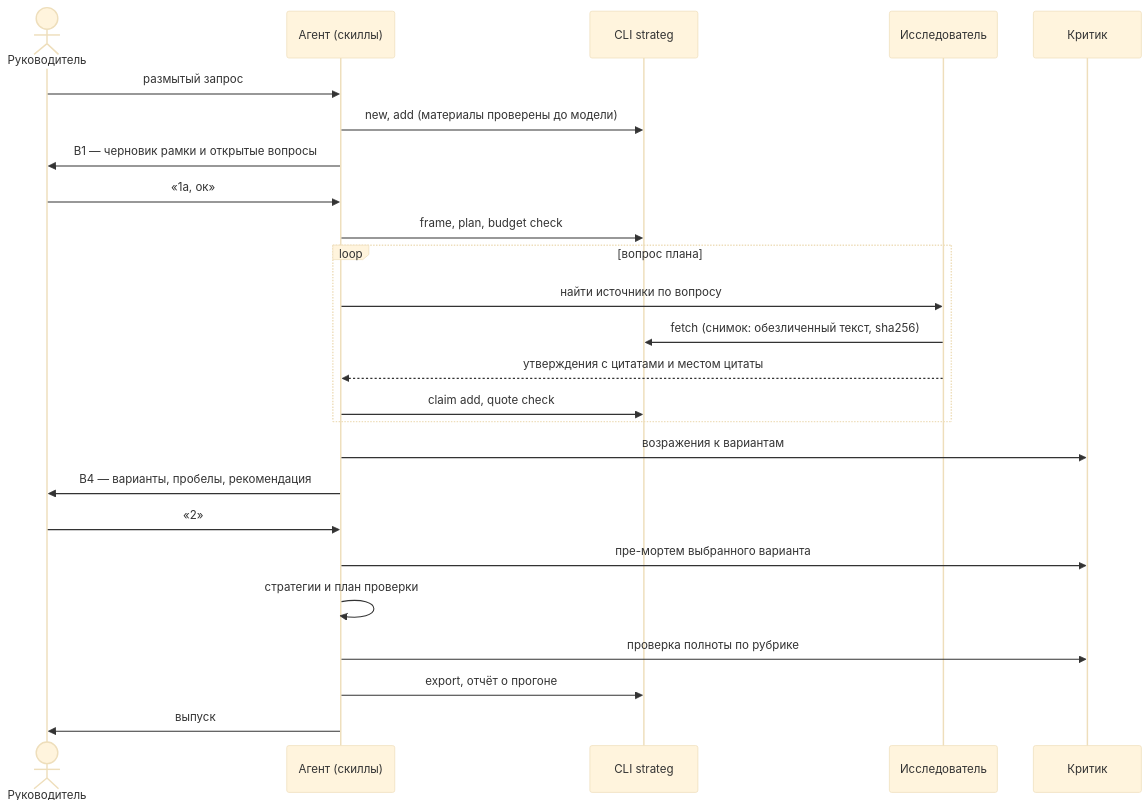
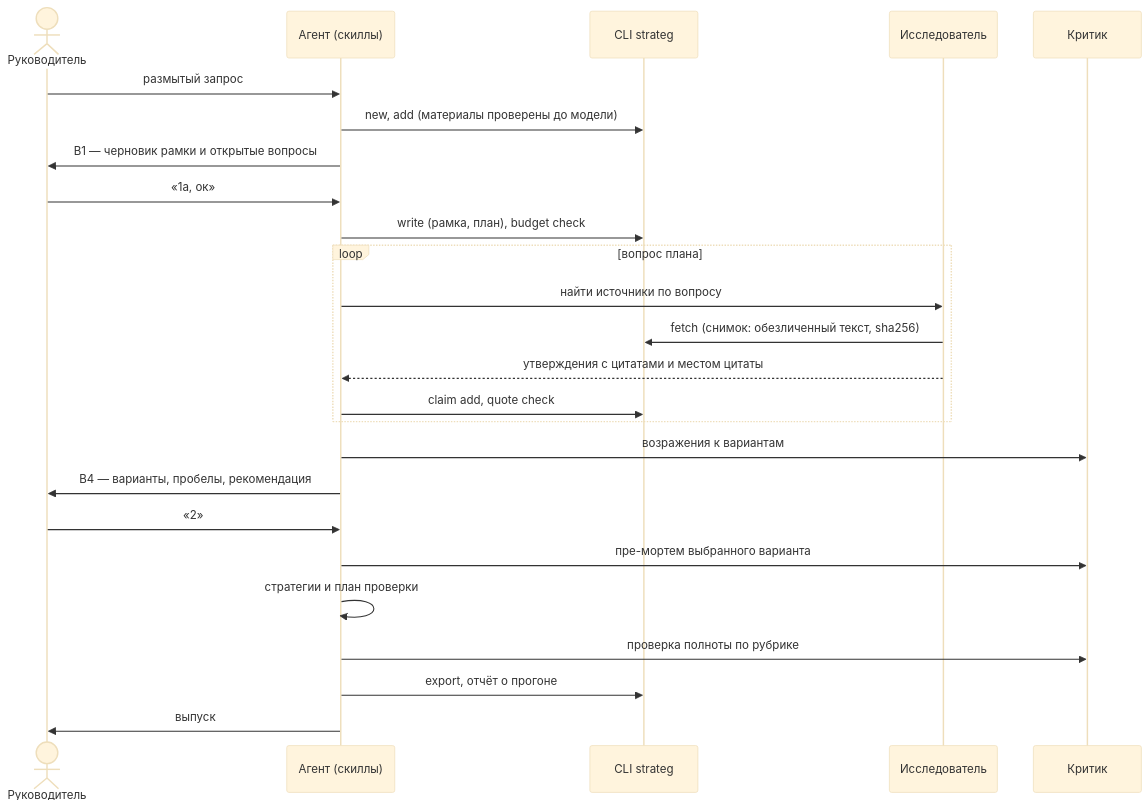
The third of 3 diagrams in docs/architecture.md (FlosVacui/strateg-agent), drawn with Mermaid (base theme) before and after one commit. The commit also changed other lines of this file and 10 other files, not shown here.

````diff
--- a/docs/architecture.md
+++ b/docs/architecture.md
@@ -125,27 +125,27 @@
 ```mermaid
 sequenceDiagram
   actor PM as Руководитель
   participant AG as Агент (скиллы)
   participant CLI as CLI strateg
   participant R as Исследователь
   participant CR as Критик
   PM->>AG: размытый запрос
   AG->>CLI: new, add (материалы проверены до модели)
   AG->>PM: В1 — черновик рамки и открытые вопросы
   PM->>AG: «1а, ок»
-  AG->>CLI: frame, plan, budget check
+  AG->>CLI: write (рамка, план), budget check
   loop вопрос плана
     AG->>R: найти источники по вопросу
     R->>CLI: fetch (снимок: обезличенный текст, sha256)
     R-->>AG: утверждения с цитатами и местом цитаты
     AG->>CLI: claim add, quote check
   end
   AG->>CR: возражения к вариантам
   AG->>PM: В4 — варианты, пробелы, рекомендация
   PM->>AG: «2»
   AG->>CR: пре-мортем выбранного варианта
   AG->>AG: стратегии и план проверки
   AG->>CR: проверка полноты по рубрике
   AG->>CLI: export, отчёт о прогоне
   AG->>PM: выпуск
 ```
````
